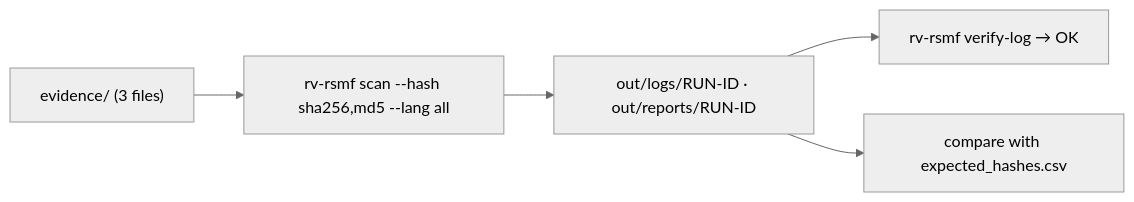
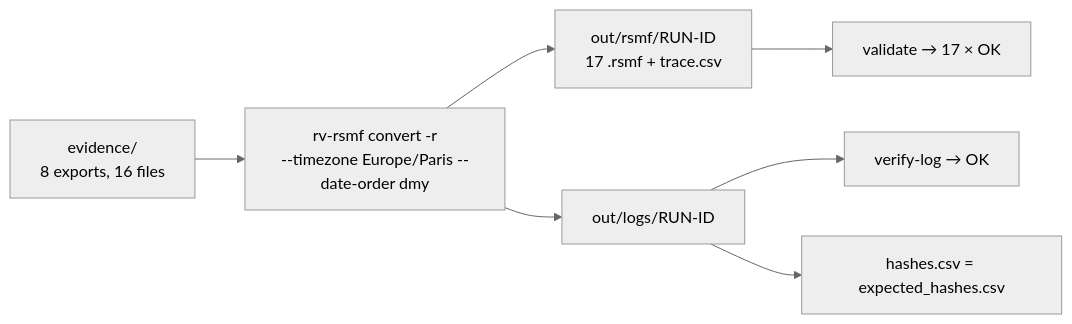
The diagram in examples/README.md (Panacota96/rv-rsmf), drawn with Mermaid (neutral theme) before and after one commit. The commit also changed other lines of this file and 12 other files, not shown here.

````diff
--- a/examples/README.md
+++ b/examples/README.md
@@ -14,7 +10,9 @@
 ```mermaid
 flowchart LR
-    E["evidence/ (3 files)"] --> S["rv-rsmf scan --hash sha256,md5 --lang all"]
-    S --> O["out/logs/RUN-ID · out/reports/RUN-ID"]
-    O --> V["rv-rsmf verify-log → OK"]
-    O --> C["compare with expected_hashes.csv"]
+    E["evidence/<br/>8 exports, 16 files"] --> C["rv-rsmf convert -r<br/>--timezone Europe/Paris --date-order dmy"]
+    C --> R["out/rsmf/RUN-ID<br/>17 .rsmf + trace.csv"]
+    C --> L["out/logs/RUN-ID"]
+    L --> V["verify-log → OK"]
+    R --> W["validate → 17 × OK"]
+    L --> H["hashes.csv = expected_hashes.csv"]
 ```
````
